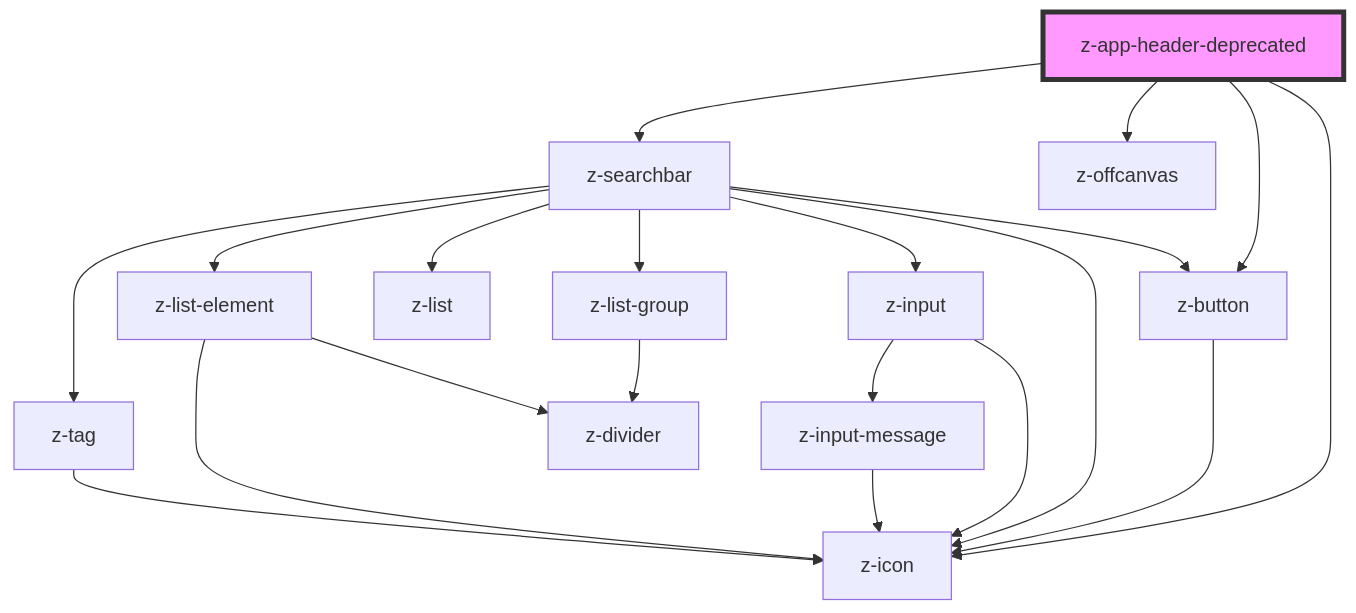
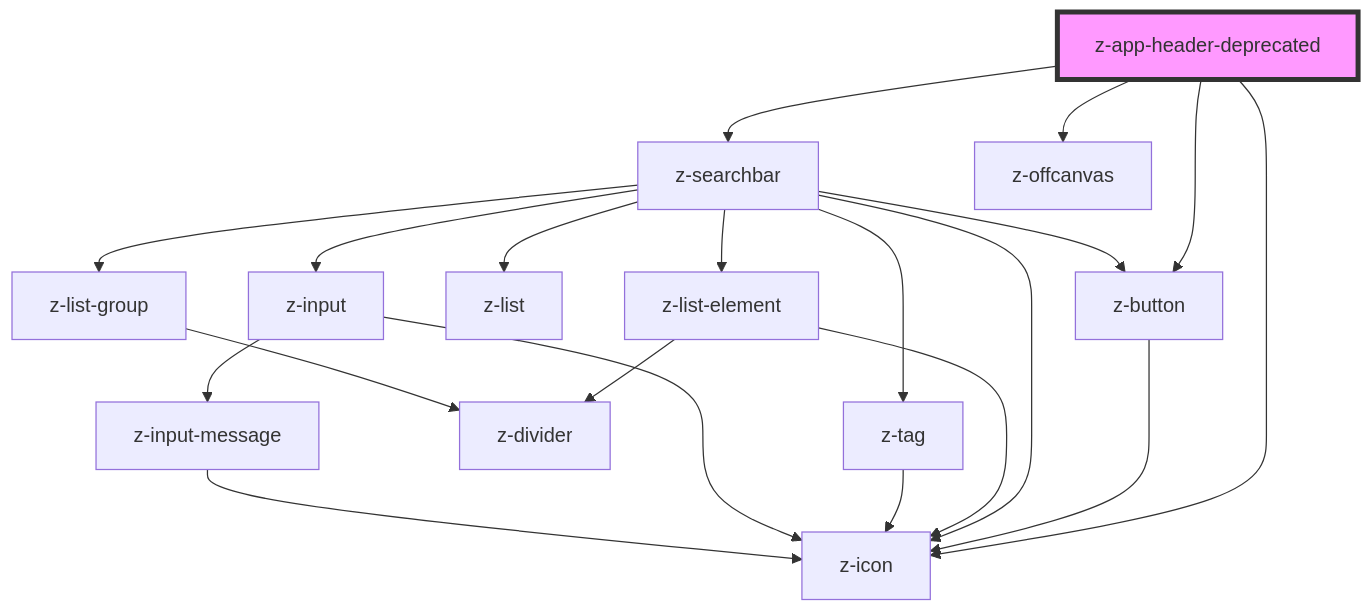
One commit to ZanichelliEditore/design-system changed the diagram in src/components/deprecated/z-app-header-deprecated/readme.md. Above: the diagram before and after it, drawn with Mermaid. The commit also changed other lines of this file and 7 other files, not shown here.

````diff
--- a/src/components/deprecated/z-app-header-deprecated/readme.md
+++ b/src/components/deprecated/z-app-header-deprecated/readme.md
@@ -48,23 +48,23 @@
 ```mermaid
 graph TD;
   z-app-header-deprecated --> z-button
   z-app-header-deprecated --> z-searchbar
   z-app-header-deprecated --> z-icon
   z-app-header-deprecated --> z-offcanvas
   z-button --> z-icon
-  z-searchbar --> z-input
-  z-searchbar --> z-button
-  z-searchbar --> z-list
-  z-searchbar --> z-list-group
   z-searchbar --> z-list-element
   z-searchbar --> z-icon
   z-searchbar --> z-tag
+  z-searchbar --> z-list
+  z-searchbar --> z-list-group
+  z-searchbar --> z-input
+  z-searchbar --> z-button
+  z-list-element --> z-icon
+  z-list-element --> z-divider
+  z-tag --> z-icon
+  z-list-group --> z-divider
   z-input --> z-icon
   z-input --> z-input-message
   z-input-message --> z-icon
-  z-list-group --> z-divider
-  z-list-element --> z-icon
-  z-list-element --> z-divider
-  z-tag --> z-icon
   style z-app-header-deprecated fill:#f9f,stroke:#333,stroke-width:4px
 ```
````
